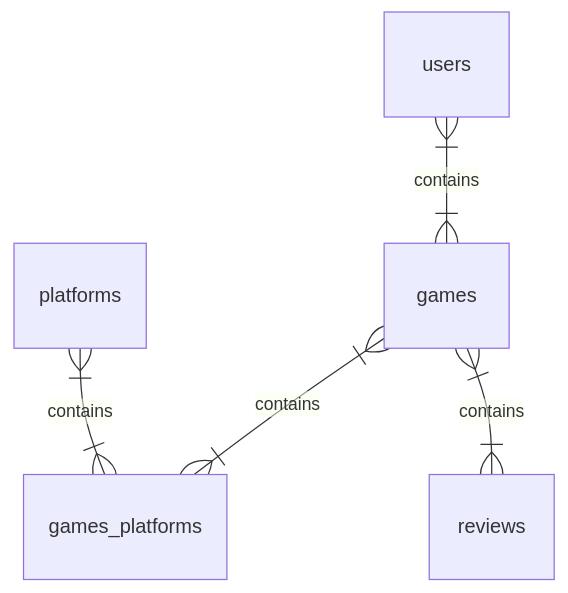
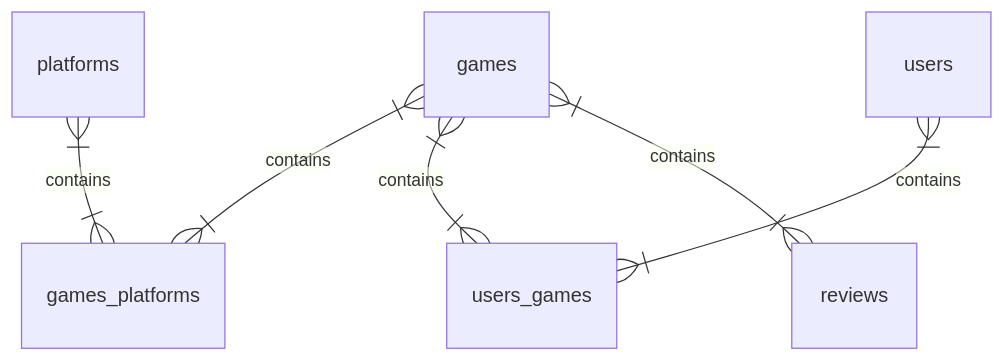
Before and after one commit to Haikira/VGLogger: the first of 2 diagrams in README.md, drawn with Mermaid.

````diff
--- a/README.md
+++ b/README.md
@@ -28,8 +28,9 @@
 ``` mermaid
 erDiagram
 
         games }|--|{ games_platforms : "contains"
         platforms }|--|{ games_platforms : "contains"
+        games }|--|{ users_games : "contains"
+        users}|--|{ users_games : "contains"
         games }|--|{ reviews : "contains"
-        users}|--|{ games : "contains"
 ```
````
